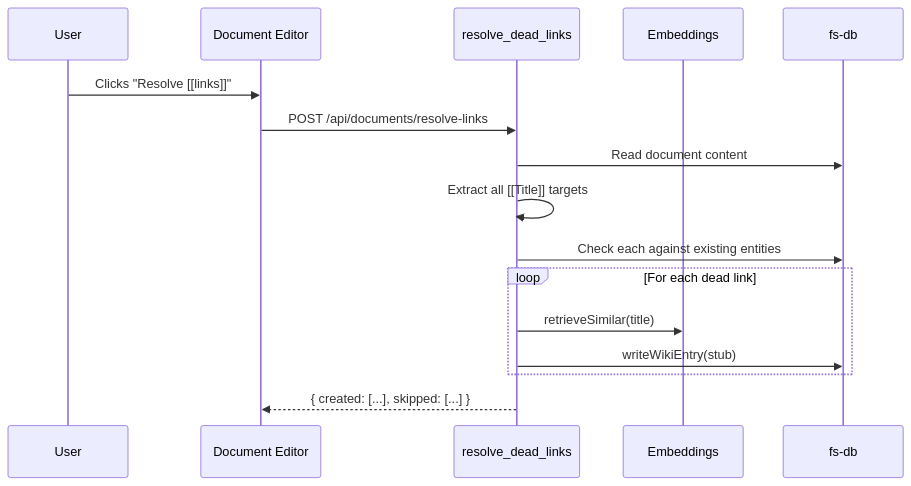
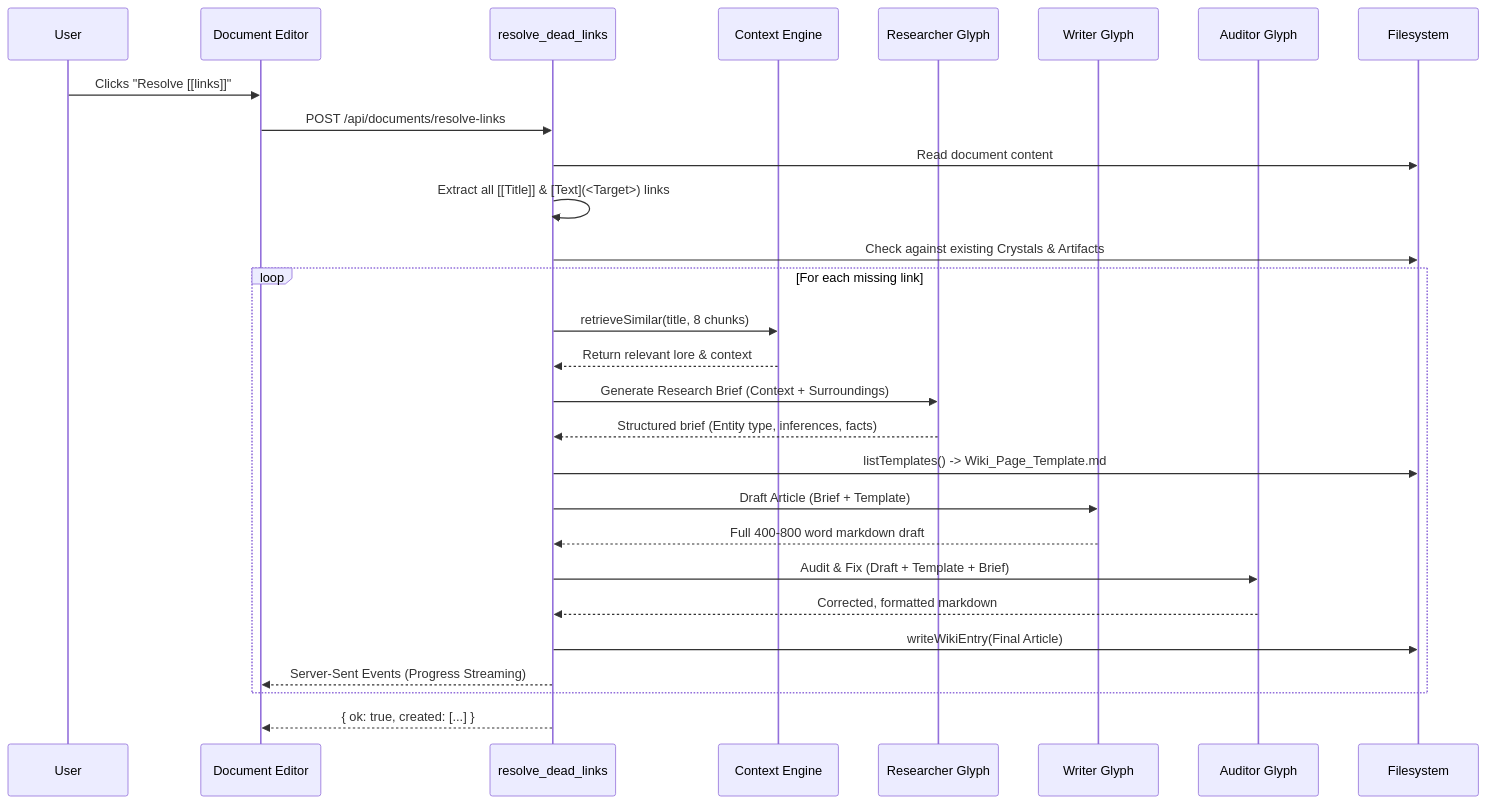
Before and after one commit to 7368697661/rhyolite: the seventh of 8 diagrams in README.md, drawn with Mermaid.

Commit message:
docs: upgrade dead link resolver mermaid sequence diagram
Made-with: Cursor

````diff
--- a/README.md
+++ b/README.md
@@ -237,19 +237,37 @@
 ```mermaid
 sequenceDiagram
     participant User
     participant Editor as Document Editor
     participant API as resolve_dead_links
-    participant RAG as Embeddings
-    participant FS as fs-db
+    participant RAG as Context Engine
+    participant Res as Researcher Glyph
+    participant Wri as Writer Glyph
+    participant Aud as Auditor Glyph
+    participant FS as Filesystem
 
     User->>Editor: Clicks "Resolve [[links]]"
     Editor->>API: POST /api/documents/resolve-links
     API->>FS: Read document content
-    API->>API: Extract all [[Title]] targets
-    API->>FS: Check each against existing entities
-    loop For each dead link
-        API->>RAG: retrieveSimilar(title)
-        API->>FS: writeWikiEntry(stub)
+    API->>API: Extract all [[Title]] & [Text](<Target>) links
+    API->>FS: Check against existing Crystals & Artifacts
+    
+    loop For each missing link
+        API->>RAG: retrieveSimilar(title, 8 chunks)
+        RAG-->>API: Return relevant lore & context
+        
+        API->>Res: Generate Research Brief (Context + Surroundings)
+        Res-->>API: Structured brief (Entity type, inferences, facts)
+        
+        API->>FS: listTemplates() -> Wiki_Page_Template.md
+        
+        API->>Wri: Draft Article (Brief + Template)
+        Wri-->>API: Full 400-800 word markdown draft
+        
+        API->>Aud: Audit & Fix (Draft + Template + Brief)
+        Aud-->>API: Corrected, formatted markdown
+        
+        API->>FS: writeWikiEntry(Final Article)
+        API-->>Editor: Server-Sent Events (Progress Streaming)
     end
-    API-->>Editor: { created: [...], skipped: [...] }
+    API-->>Editor: { ok: true, created: [...] }
 ```
````
